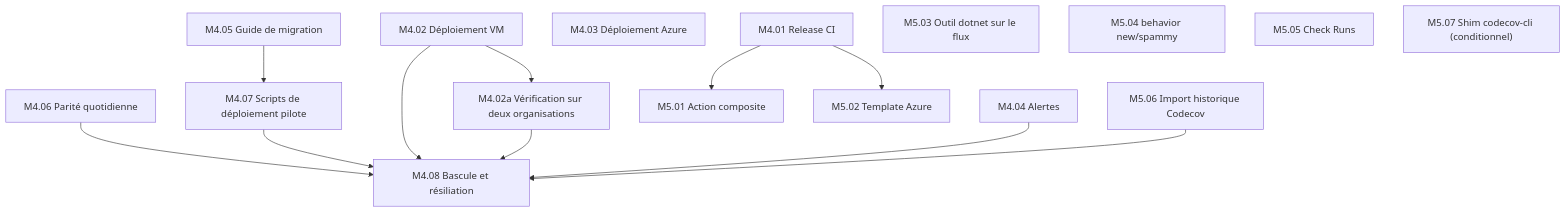
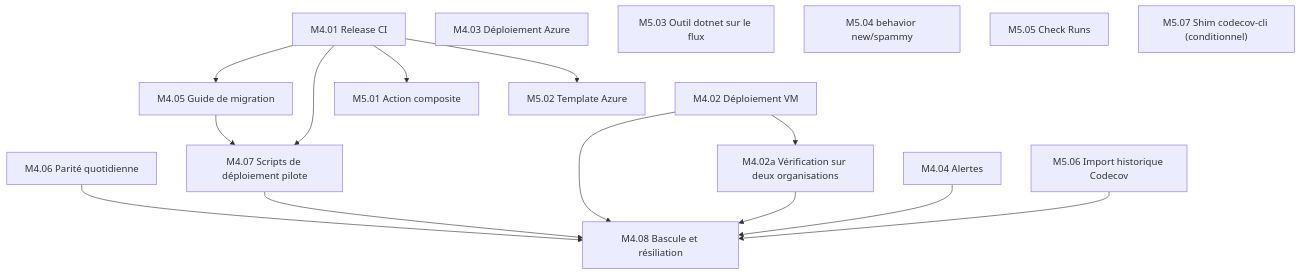
One commit to gaetanthouvenin/code-coverage changed the sixth of 6 diagrams in docs/PLAN.md. Above: the diagram before and after it, drawn with Mermaid. The commit also changed other lines of this file, not shown here.

````diff
--- a/docs/PLAN.md
+++ b/docs/PLAN.md
@@ -431,21 +431,23 @@
 ```mermaid
 graph TD
   M4_01["M4.01 Release CI"]
   M4_02["M4.02 Déploiement VM"]
   M4_03["M4.03 Déploiement Azure"]
   M4_04["M4.04 Alertes"]
   M4_05["M4.05 Guide de migration"] --> M4_07["M4.07 Scripts de déploiement pilote"]
   M4_06["M4.06 Parité quotidienne"] --> M4_08["M4.08 Bascule et résiliation"]
   M4_07 --> M4_08
+  M4_01 --> M4_07
+  M4_01 --> M4_05
   M4_02 --> M4_08
   M4_02 --> M4_02a["M4.02a Vérification sur deux organisations"]
   M4_02a --> M4_08
   M4_04 --> M4_08
   M4_01 --> M5_01["M5.01 Action composite"]
   M4_01 --> M5_02["M5.02 Template Azure"]
   M5_03["M5.03 Outil dotnet sur le flux"]
   M5_04["M5.04 behavior new/spammy"]
   M5_05["M5.05 Check Runs"]
   M5_06["M5.06 Import historique Codecov"] --> M4_08
   M5_07["M5.07 Shim codecov-cli (conditionnel)"]
 ```
````
